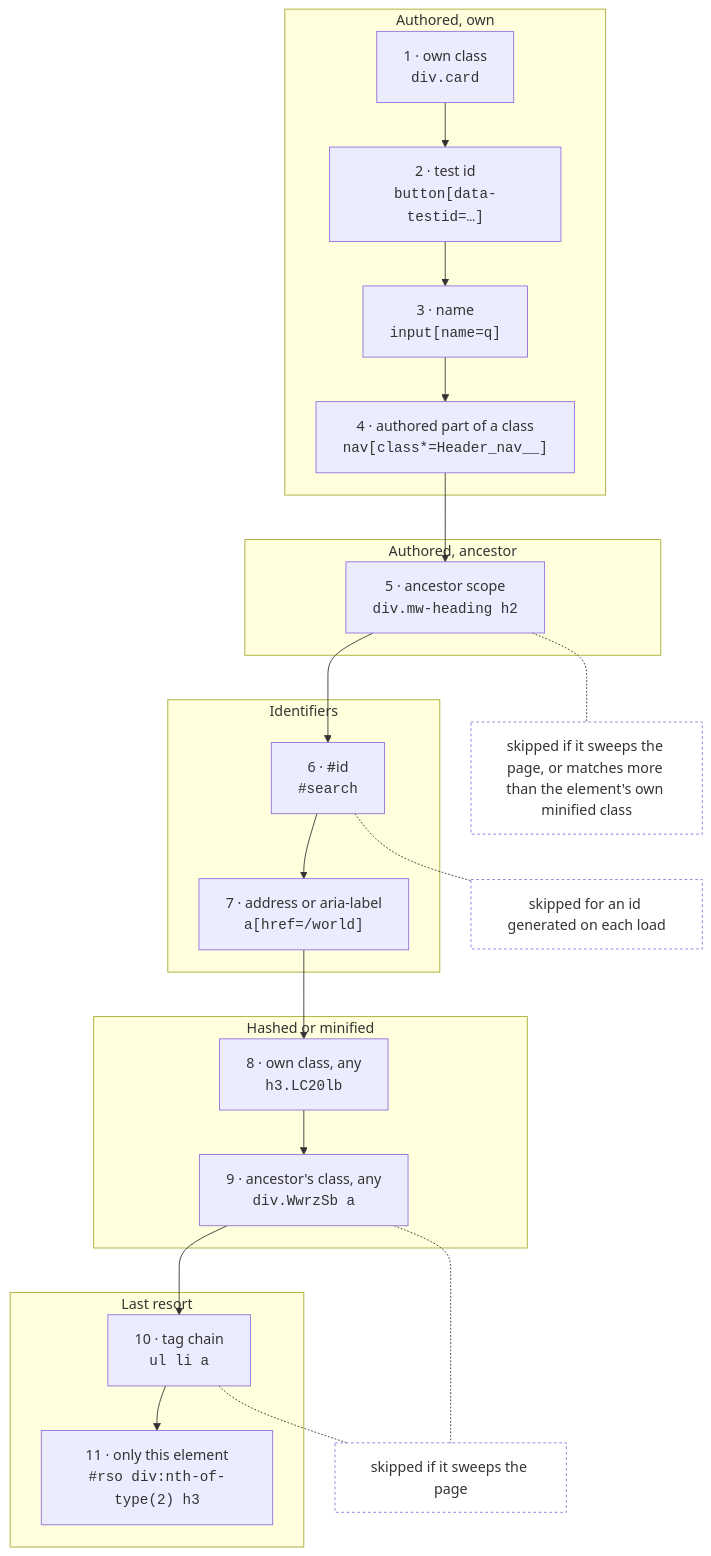
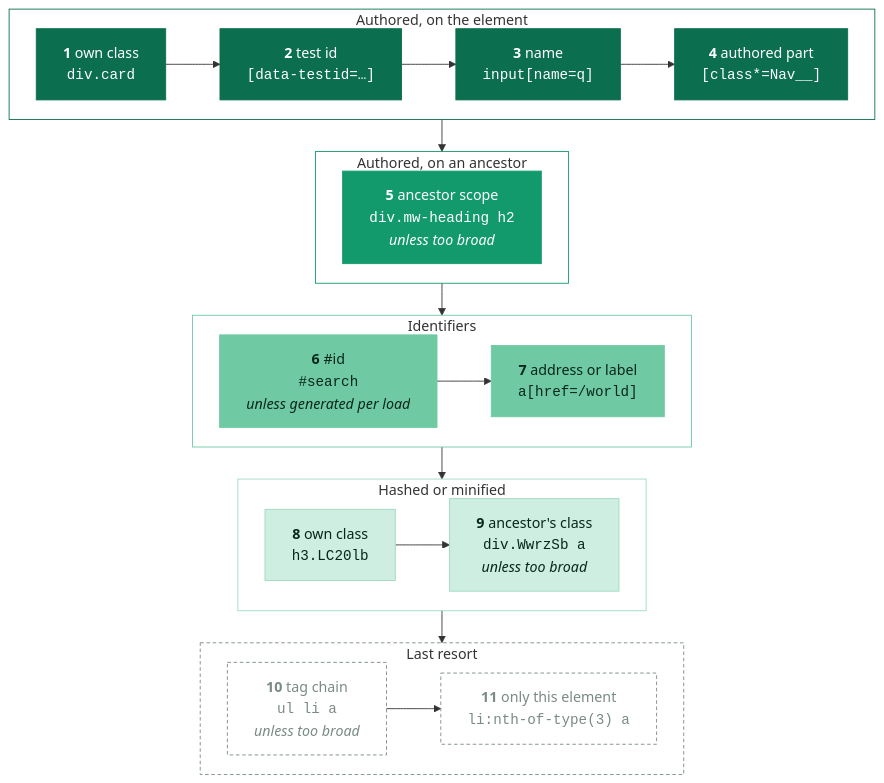
One commit to ankit/stylebot changed the diagram in docs/selectors-and-css.md. Above: the diagram before and after it, drawn with Mermaid. The commit also changed other lines of this file, not shown here.

Commit message:
docs(selectors): restyle the priority diagram as a trust ladder

````diff
--- a/docs/selectors-and-css.md
+++ b/docs/selectors-and-css.md
@@ -16,36 +16,51 @@
 ```mermaid
+%%{init: {"flowchart": {"curve": "basis", "nodeSpacing": 24, "rankSpacing": 36}}}%%
 flowchart TB
-    subgraph authored["Authored, own"]
-        S1["1 · own class<br/><code>div.card</code>"]
-        S2["2 · test id<br/><code>button[data-testid=…]</code>"]
-        S3["3 · name<br/><code>input[name=q]</code>"]
-        S4["4 · authored part of a class<br/><code>nav[class*=Header_nav__]</code>"]
+    subgraph authored["Authored, on the element"]
+        direction LR
+        S1["<b>1</b> own class<br/><code>div.card</code>"]
+        S2["<b>2</b> test id<br/><code>[data-testid=…]</code>"]
+        S3["<b>3</b> name<br/><code>input[name=q]</code>"]
+        S4["<b>4</b> authored part<br/><code>[class*=Nav__]</code>"]
+        S1 --> S2 --> S3 --> S4
     end
-    subgraph scoped["Authored, ancestor"]
-        S5["5 · ancestor scope<br/><code>div.mw-heading h2</code>"]
+    subgraph scoped["Authored, on an ancestor"]
+        direction LR
+        S5["<b>5</b> ancestor scope<br/><code>div.mw-heading h2</code><br/><i>unless too broad</i>"]
     end
     subgraph ids["Identifiers"]
-        S6["6 · #id<br/><code>#search</code>"]
-        S7["7 · address or aria-label<br/><code>a[href=/world]</code>"]
+        direction LR
+        S6["<b>6</b> #id<br/><code>#search</code><br/><i>unless generated per load</i>"]
+        S7["<b>7</b> address or label<br/><code>a[href=/world]</code>"]
+        S6 --> S7
     end
     subgraph hashed["Hashed or minified"]
-        S8["8 · own class, any<br/><code>h3.LC20lb</code>"]
-        S9["9 · ancestor's class, any<br/><code>div.WwrzSb a</code>"]
+        direction LR
+        S8["<b>8</b> own class<br/><code>h3.LC20lb</code>"]
+        S9["<b>9</b> ancestor's class<br/><code>div.WwrzSb a</code><br/><i>unless too broad</i>"]
+        S8 --> S9
     end
     subgraph last["Last resort"]
-        S10["10 · tag chain<br/><code>ul li a</code>"]
-        S11["11 · only this element<br/><code>#rso div:nth-of-type(2) h3</code>"]
+        direction LR
+        S10["<b>10</b> tag chain<br/><code>ul li a</code><br/><i>unless too broad</i>"]
+        S11["<b>11</b> only this element<br/><code>li:nth-of-type(3) a</code>"]
+        S10 --> S11
     end
-    S1 --> S2 --> S3 --> S4 --> S5 --> S6 --> S7 --> S8 --> S9 --> S10 --> S11
+    authored --> scoped --> ids --> hashed --> last
 
-
-    N5["skipped if it sweeps the page, or matches more than the element's own minified class"]
-    N6["skipped for an id generated on each load"]
-    N9["skipped if it sweeps the page"]
-    S5 -.- N5
-    S6 -.- N6
-    S9 -.- N9
-    S10 -.- N9
-    classDef note fill:none,stroke-dasharray:3 3
-    class N5,N6,N9 note
+    classDef t1 fill:#0b6e4f,stroke:#0b6e4f,color:#ffffff
+    classDef t2 fill:#139a6c,stroke:#139a6c,color:#ffffff
+    classDef t3 fill:#6fcaa4,stroke:#6fcaa4,color:#08261b
+    classDef t4 fill:#cdeee0,stroke:#9fd9c0,color:#08261b
+    classDef t5 fill:transparent,stroke:#7a8a84,stroke-dasharray:4 3,color:#7a8a84
+    class S1,S2,S3,S4 t1
+    class S5 t2
+    class S6,S7 t3
+    class S8,S9 t4
+    class S10,S11 t5
+    style authored fill:transparent,stroke:#0b6e4f,stroke-width:1px
+    style scoped fill:transparent,stroke:#139a6c,stroke-width:1px
+    style ids fill:transparent,stroke:#6fcaa4,stroke-width:1px
+    style hashed fill:transparent,stroke:#9fd9c0,stroke-width:1px
+    style last fill:transparent,stroke:#7a8a84,stroke-width:1px,stroke-dasharray:4 3
 ```
````
